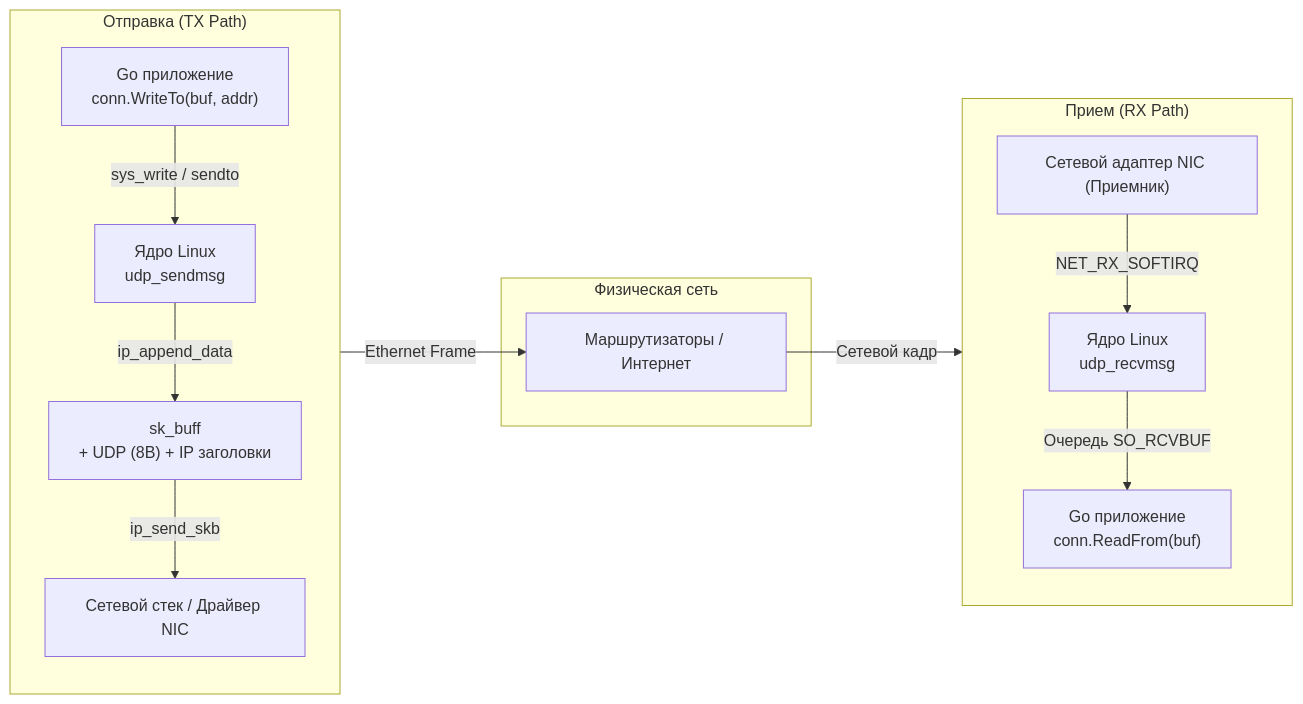
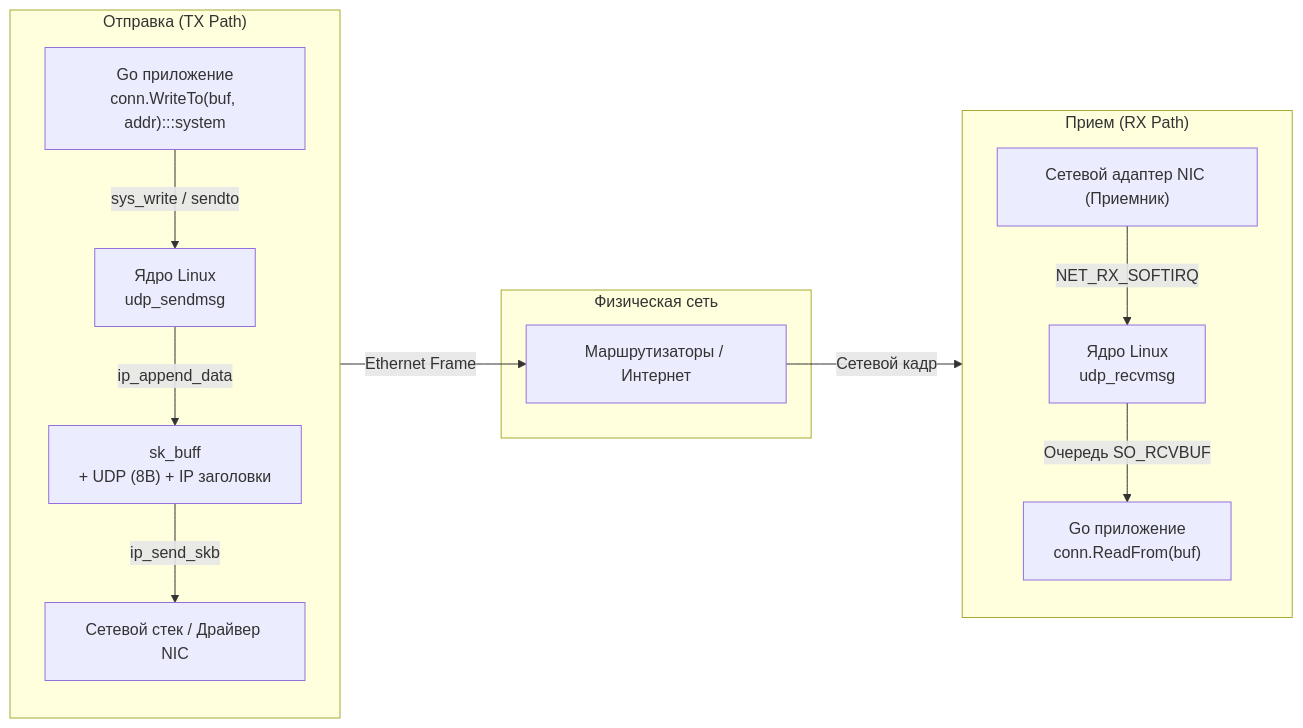
One commit to UnrealTemplier/go-textbook changed the first of 3 diagrams in sources/3. Компьютерные сети и сетевой стек/14. UDP. Когда ненадежный транспорт лучше TCP.md. Above: the diagram before and after it, drawn with Mermaid. The commit also changed other lines of this file and 1666 other files, not shown here.

First line of the commit message:
feat(mermaid): add semantic color classDef to 1369 colorless flowchart/graph diagrams

````diff
--- a/sources/3. Компьютерные сети и сетевой стек/14. UDP. Когда ненадежный транспорт лучше TCP.md
+++ b/sources/3. Компьютерные сети и сетевой стек/14. UDP. Когда ненадежный транспорт лучше TCP.md
@@ -61,20 +61,30 @@
 ```mermaid
 flowchart LR
+    classDef process  fill:#1e293b,stroke:#38bdf8,stroke-width:1px,color:#f8fafc
+    classDef success  fill:#064e3b,stroke:#34d399,stroke-width:1px,color:#f8fafc
+    classDef error    fill:#7f1d1d,stroke:#f87171,stroke-width:1px,color:#f8fafc
+    classDef warning  fill:#78350f,stroke:#fbbf24,stroke-width:1px,color:#f8fafc
+    classDef entry    fill:#1e3a5f,stroke:#38bdf8,stroke-width:2px,color:#f8fafc
+    classDef aux      fill:#334155,stroke:#64748b,stroke-width:1px,color:#f8fafc
+    classDef system   fill:#312e81,stroke:#a78bfa,stroke-width:1px,color:#f8fafc
+    classDef data     fill:#132d29,stroke:#2dd4bf,stroke-width:1px,color:#f8fafc
+    classDef network  fill:#881337,stroke:#fb7185,stroke-width:1px,color:#f8fafc
+    classDef accent   fill:#1e1b4b,stroke:#818cf8,stroke-width:1px,color:#f8fafc
     subgraph TX["Отправка (TX Path)"]
         direction TB
-        A["Go приложение<br>conn.WriteTo(buf, addr)"] -->|"sys_write / sendto"| B["Ядро Linux<br>udp_sendmsg"]
+        A["Go приложение<br>conn.WriteTo(buf, addr):::system"] -->|"sys_write / sendto"| B["Ядро Linux<br>udp_sendmsg"]
         B -->|"ip_append_data"| C["sk_buff<br>+ UDP (8B) + IP заголовки"]
         C -->|"ip_send_skb"| D["Сетевой стек / Драйвер NIC"]
     end
 
     subgraph NET["Физическая сеть"]
         D -->|"Ethernet Frame"| E["Маршрутизаторы / Интернет"]
     end
 
     subgraph RX["Прием (RX Path)"]
         direction TB
         E -->|"Сетевой кадр"| F["Сетевой адаптер NIC (Приемник)"]
         F -->|"NET_RX_SOFTIRQ"| G["Ядро Linux<br>udp_recvmsg"]
         G -->|"Очередь SO_RCVBUF"| H["Go приложение<br>conn.ReadFrom(buf)"]
     end
 ```
````
